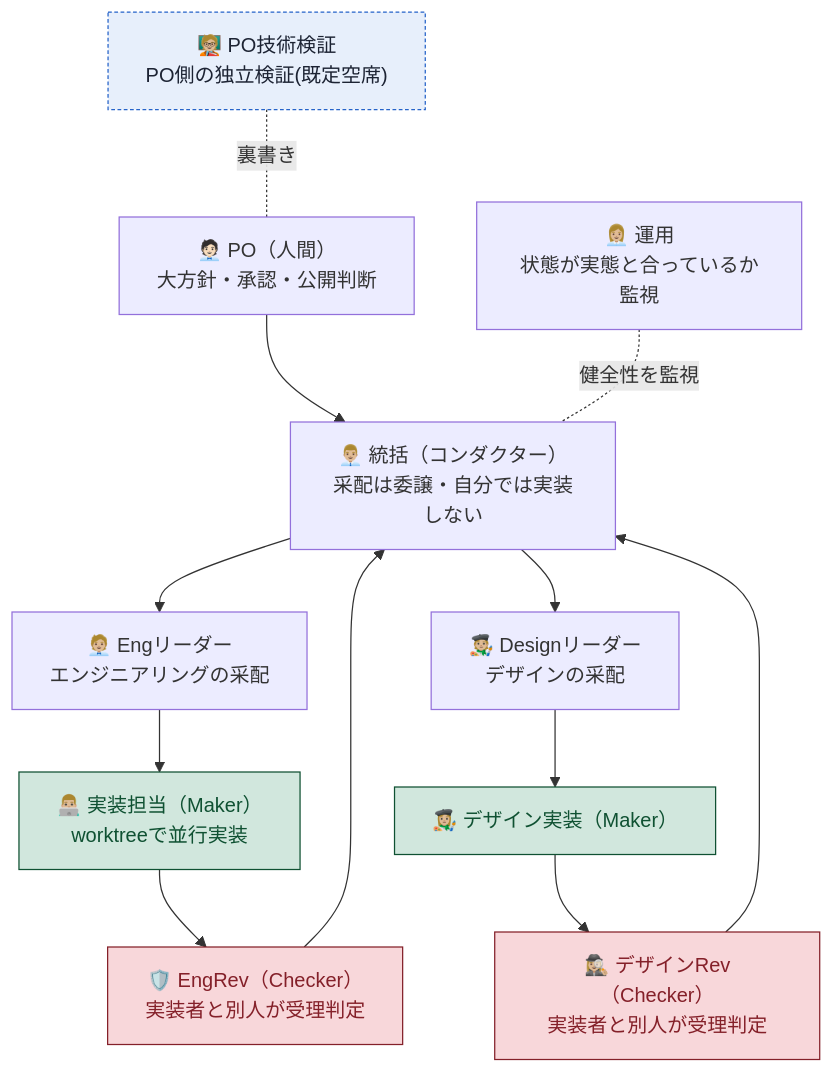
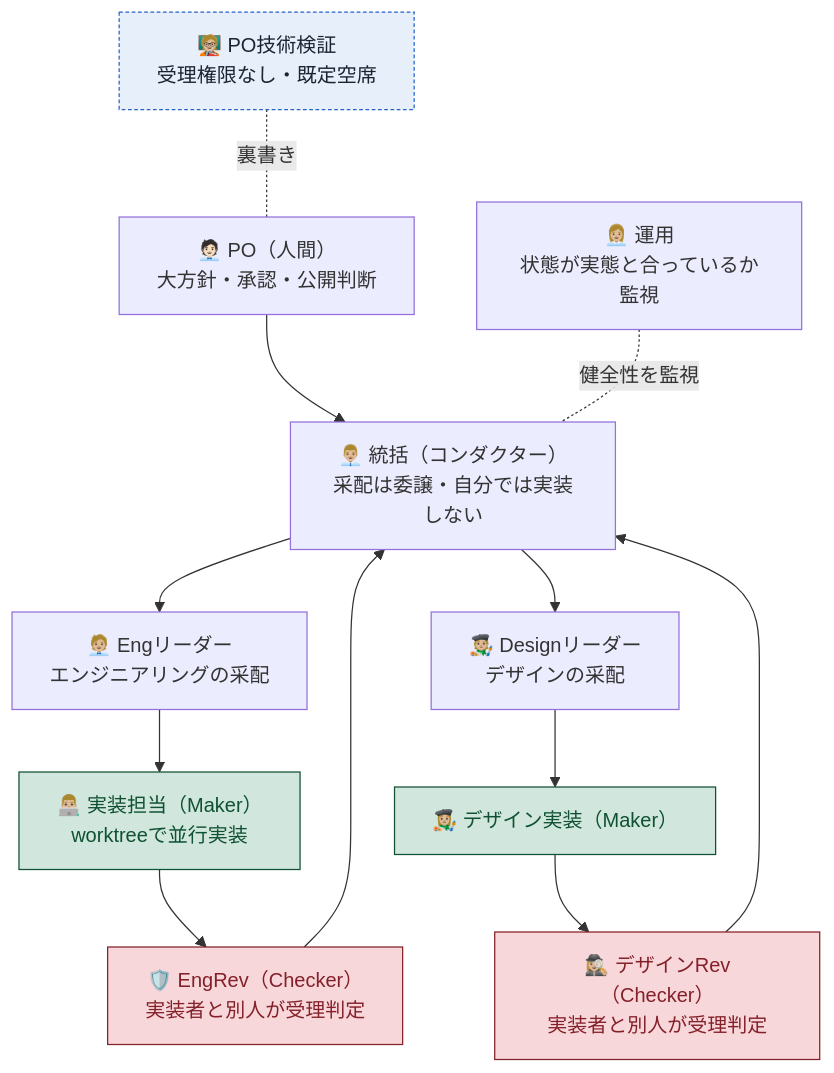
One commit to kumamoto-kouki/conductor-sdlc-template changed the second of 4 diagrams in README.md. Above: the diagram before and after it, drawn with Mermaid. The commit also changed 5 other files, not shown here.

````diff
--- a/README.md
+++ b/README.md
@@ -77,26 +77,26 @@
 ```mermaid
 flowchart TD
     PO["🧑🏻‍💼 PO（人間）<br/>大方針・承認・公開判断"]
     K["👨🏼‍💼 統括（コンダクター）<br/>采配は委譲・自分では実装しない"]
     LE["🧑🏼‍💼 Engリーダー<br/>エンジニアリングの采配"]
     LD["🧑🏼‍🎨 Designリーダー<br/>デザインの采配"]
     ME["👨🏼‍💻 実装担当（Maker）<br/>worktreeで並行実装"]
     MD["👩🏼‍🎨 デザイン実装（Maker）"]
     RE["🛡️ EngRev（Checker）<br/>実装者と別人が受理判定"]
     RD["🕵🏼‍♀️ デザインRev（Checker）<br/>実装者と別人が受理判定"]
     OPS["👩🏼‍💼 運用<br/>状態が実態と合っているか監視"]
-    T["🧑🏼‍🏫 PO技術検証<br/>PO側の独立検証(既定空席)"]
+    T["🧑🏼‍🏫 PO技術検証<br/>受理権限なし・既定空席"]
 
     PO --> K
     K --> LE --> ME --> RE --> K
     K --> LD --> MD --> RD --> K
     OPS -. 健全性を監視 .- K
     T -. 裏書き .- PO
 
     classDef maker fill:#d1e7dd,stroke:#0f5132,color:#0f5132
     classDef checker fill:#f8d7da,stroke:#842029,color:#842029
     classDef cand fill:#e7effb,stroke:#2563c9,stroke-dasharray: 3 2,color:#1c2333
     class ME,MD maker
     class RE,RD checker
     class T cand
 ```
````
